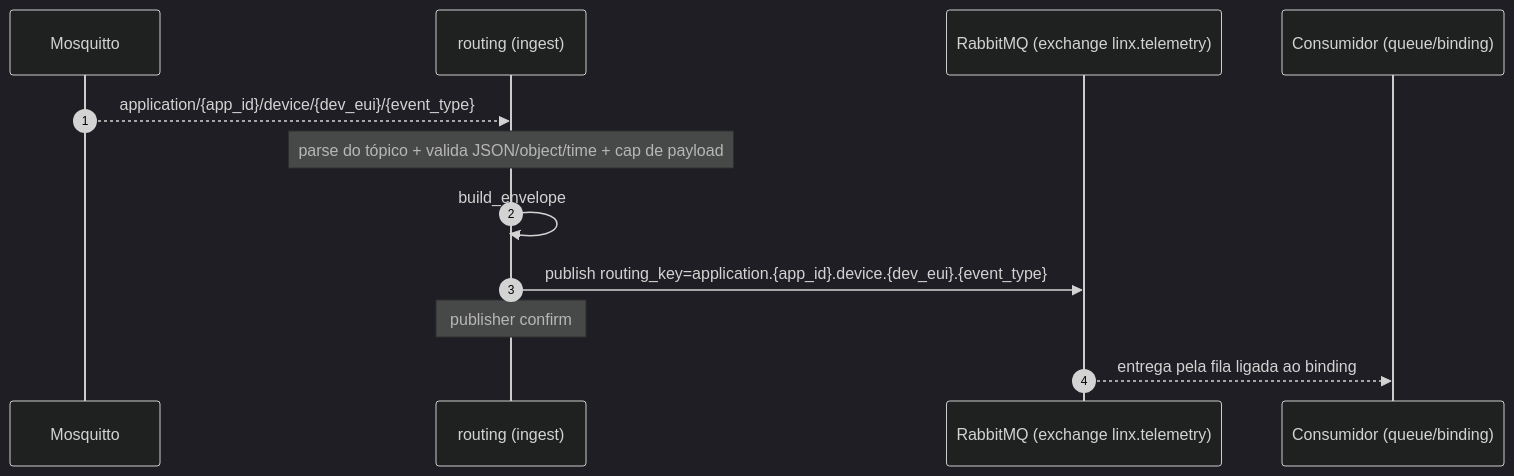
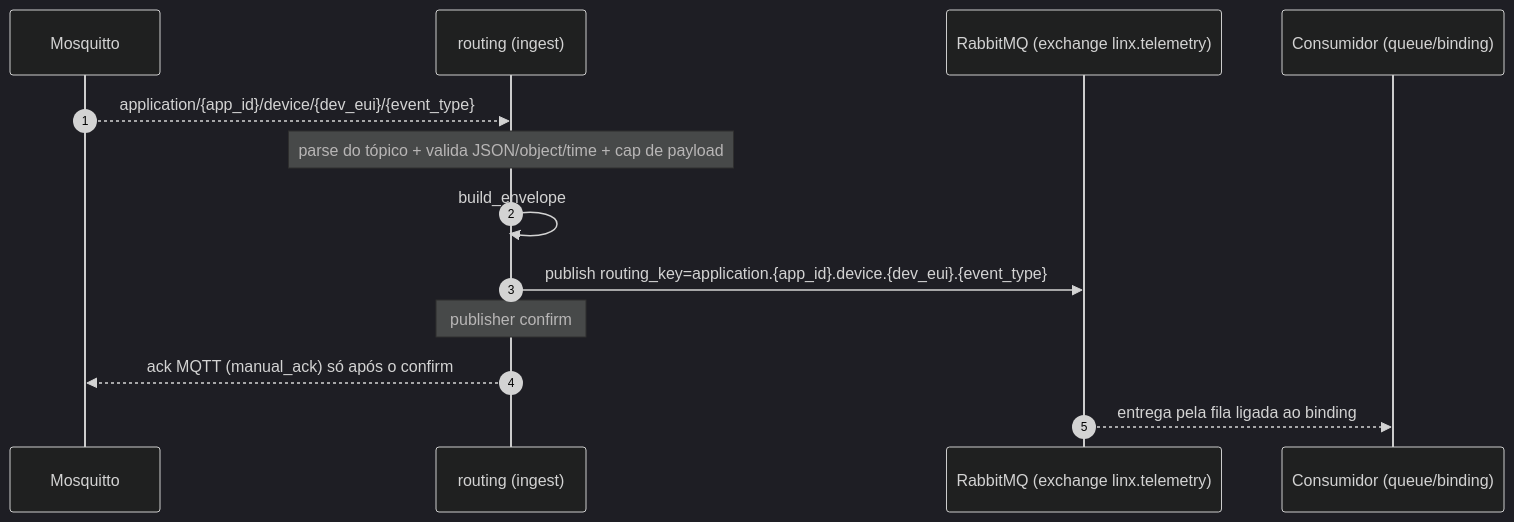
The third of 3 diagrams in docs/comunicacao_entre_servicos.md (IncludeLuisFerreira/LINX-LoRaWAN-Intelligence-Nexus), drawn with Mermaid (dark theme) before and after one commit. The commit also changed other lines of this file and 3 other files, not shown here.

````diff
--- a/docs/comunicacao_entre_servicos.md
+++ b/docs/comunicacao_entre_servicos.md
@@ -249,15 +256,16 @@
 ```mermaid
 sequenceDiagram
     autonumber
     participant MQ as Mosquitto
     participant RT as routing (ingest)
     participant RMQ as RabbitMQ (exchange linx.telemetry)
     participant CO as Consumidor (queue/binding)
 
     MQ-->>RT: application/{app_id}/device/{dev_eui}/{event_type}
     Note over RT: parse do tópico + valida JSON/object/time + cap de payload
     RT->>RT: build_envelope
     RT->>RMQ: publish routing_key=application.{app_id}.device.{dev_eui}.{event_type}
     Note over RT: publisher confirm
+    RT-->>MQ: ack MQTT (manual_ack) só após o confirm
     RMQ-->>CO: entrega pela fila ligada ao binding
 ```
````
